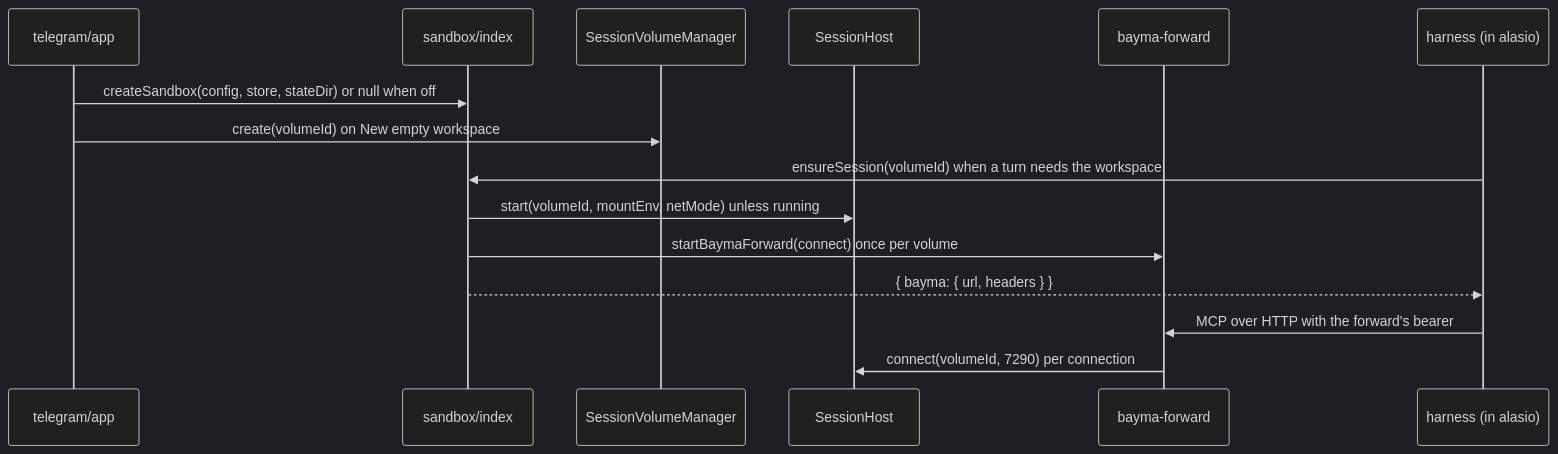
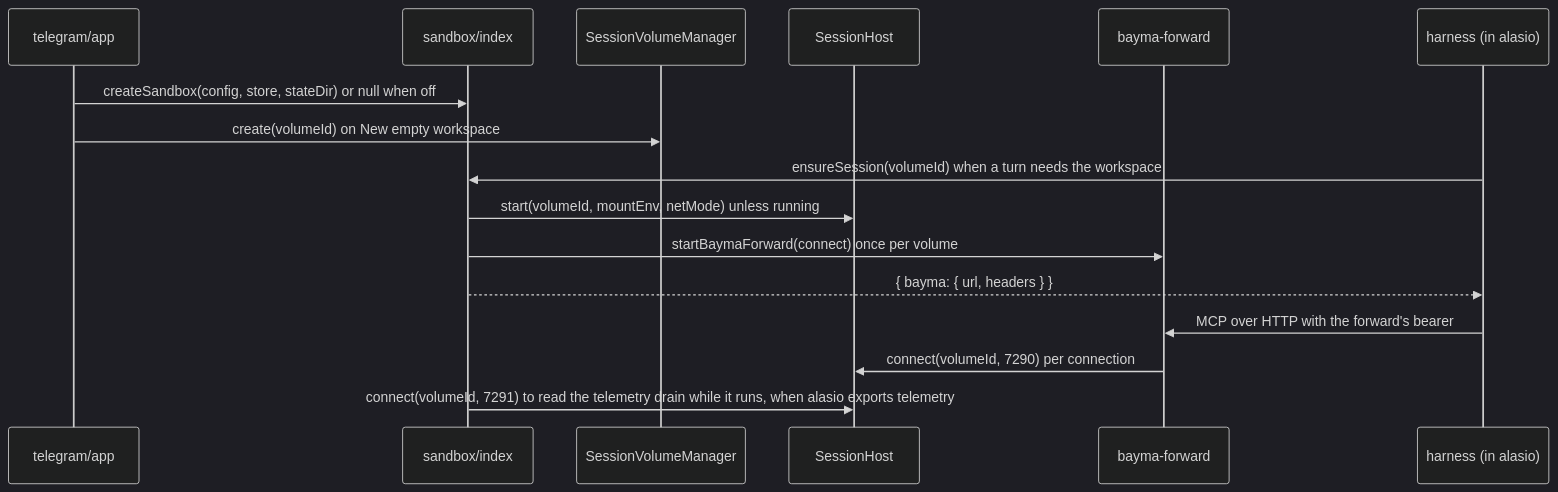
The second of 3 diagrams in src/sandbox/README.md (eaucoin/alasio), drawn with Mermaid (dark theme) before and after one commit. The commit also changed other lines of this file and 21 other files, not shown here.

````diff
--- a/src/sandbox/README.md
+++ b/src/sandbox/README.md
@@ -34,17 +40,18 @@
 ```mermaid
 sequenceDiagram
   participant App as telegram/app
   participant Sb as sandbox/index
   participant Vol as SessionVolumeManager
   participant Host as SessionHost
   participant Fwd as bayma-forward
   participant H as harness (in alasio)
   App->>Sb: createSandbox(config, store, stateDir) or null when off
   App->>Vol: create(volumeId) on New empty workspace
   H->>Sb: ensureSession(volumeId) when a turn needs the workspace
   Sb->>Host: start(volumeId, mountEnv, netMode) unless running
   Sb->>Fwd: startBaymaForward(connect) once per volume
   Sb-->>H: { bayma: { url, headers } }
   H->>Fwd: MCP over HTTP with the forward's bearer
   Fwd->>Host: connect(volumeId, 7290) per connection
+  Sb->>Host: connect(volumeId, 7291) to read the telemetry drain while it runs, when alasio exports telemetry
 ```
````
